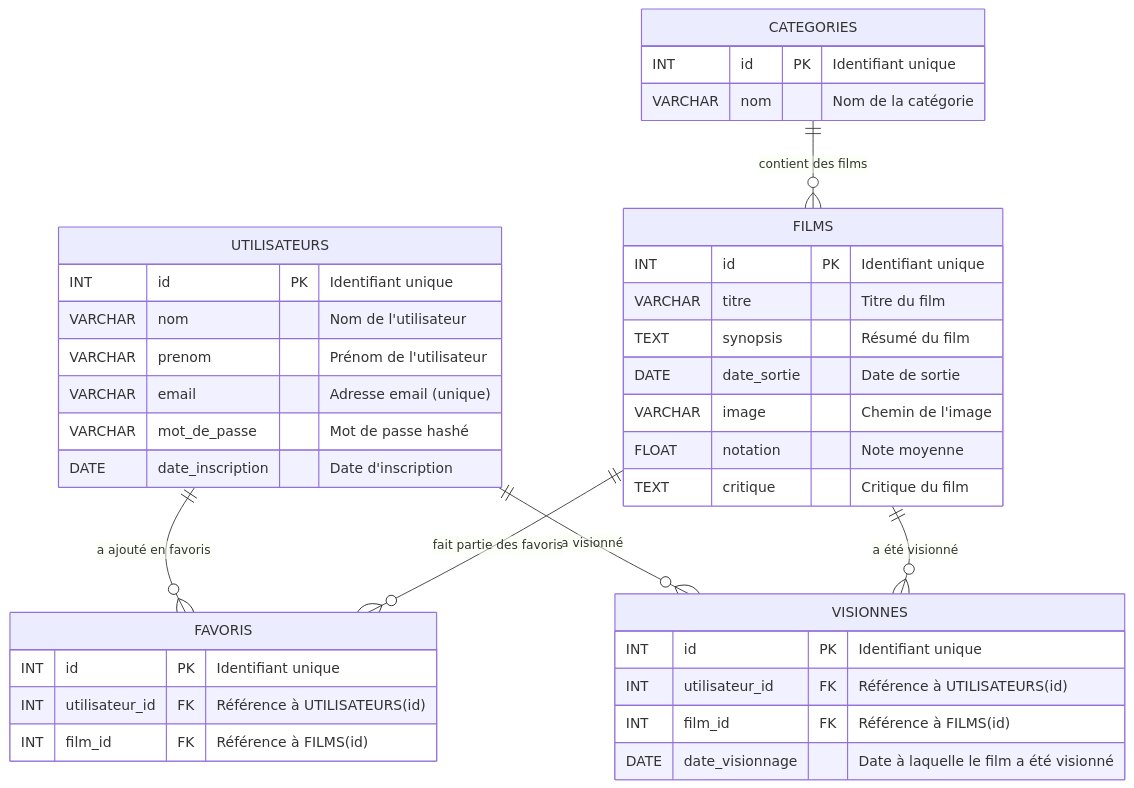
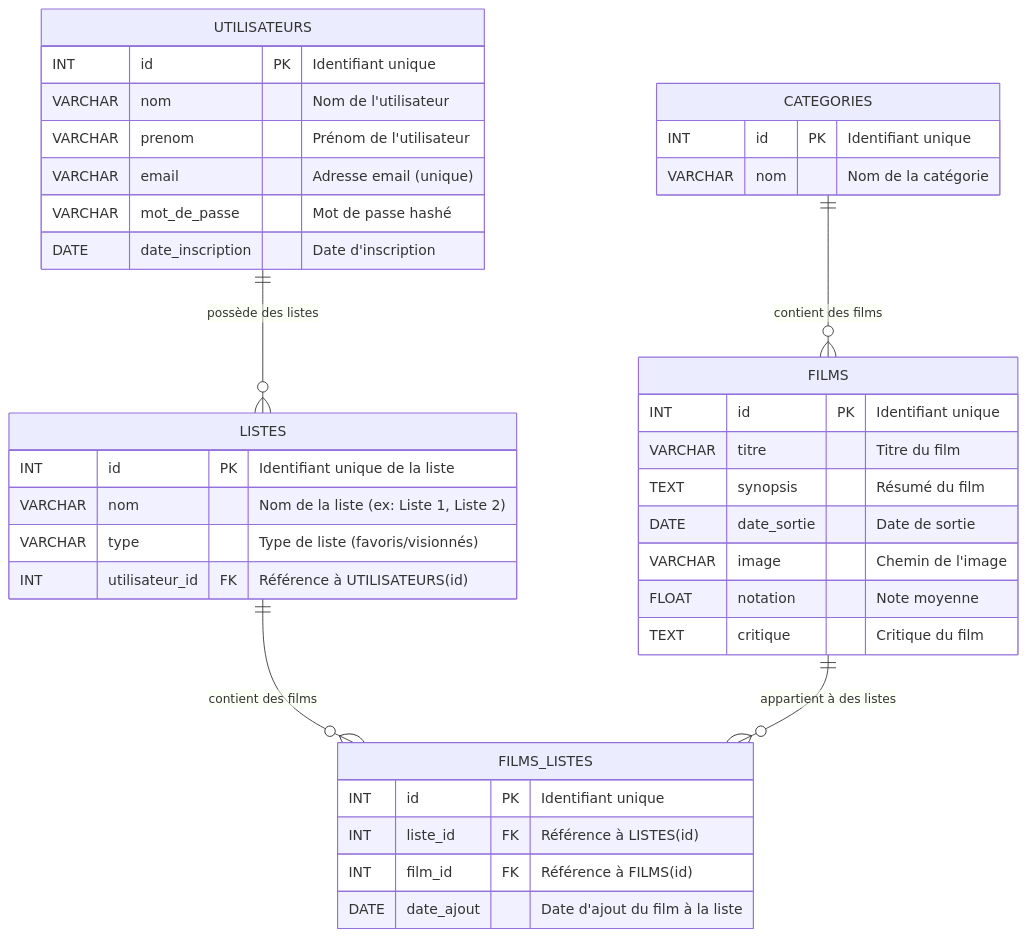
Before and after one commit to Poca23/Formation_Langages_Cie: the diagram in TutoMySQL/schema-MLD.md, drawn with Mermaid. The commit also changed other lines of this file and 5 other files, not shown here.

Commit message:
Ajout de la gestion des clés étrangères et des relations entre les tables dans le schéma de la base de données. Mise à jour des fichiers MCD et MLD pour refléter les nouvelles structures de données.

````diff
--- a/TutoMySQL/schema-MLD.md
+++ b/TutoMySQL/schema-MLD.md
@@ -3,45 +1,45 @@
 ```mermaid
 erDiagram
-    UTILISATEURS {
-        INT id PK "Identifiant unique"
-        VARCHAR nom "Nom de l'utilisateur"
-        VARCHAR prenom "Prénom de l'utilisateur"
-        VARCHAR email "Adresse email (unique)"
-        VARCHAR mot_de_passe "Mot de passe hashé"
-        DATE date_inscription "Date d'inscription"
-    }
+UTILISATEURS {
+INT id PK "Identifiant unique"
+VARCHAR nom "Nom de l'utilisateur"
+VARCHAR prenom "Prénom de l'utilisateur"
+VARCHAR email "Adresse email (unique)"
+VARCHAR mot_de_passe "Mot de passe hashé"
+DATE date_inscription "Date d'inscription"
+}
 
     FILMS {
         INT id PK "Identifiant unique"
         VARCHAR titre "Titre du film"
         TEXT synopsis "Résumé du film"
         DATE date_sortie "Date de sortie"
         VARCHAR image "Chemin de l'image"
         FLOAT notation "Note moyenne"
         TEXT critique "Critique du film"
     }
 
     CATEGORIES {
         INT id PK "Identifiant unique"
         VARCHAR nom "Nom de la catégorie"
     }
 
-    FAVORIS {
-        INT id PK "Identifiant unique"
+    LISTES {
+        INT id PK "Identifiant unique de la liste"
+        VARCHAR nom "Nom de la liste (ex: Liste 1, Liste 2)"
+        VARCHAR type "Type de liste (favoris/visionnés)"
         INT utilisateur_id FK "Référence à UTILISATEURS(id)"
-        INT film_id FK "Référence à FILMS(id)"
     }
 
-    VISIONNES {
+    FILMS_LISTES {
         INT id PK "Identifiant unique"
-        INT utilisateur_id FK "Référence à UTILISATEURS(id)"
+        INT liste_id FK "Référence à LISTES(id)"
         INT film_id FK "Référence à FILMS(id)"
-        DATE date_visionnage "Date à laquelle le film a été visionné"
+        DATE date_ajout "Date d'ajout du film à la liste"
     }
 
-    UTILISATEURS ||--o{ FAVORIS : "a ajouté en favoris"
-    UTILISATEURS ||--o{ VISIONNES : "a visionné"
-    FILMS ||--o{ FAVORIS : "fait partie des favoris"
-    FILMS ||--o{ VISIONNES : "a été visionné"
+    UTILISATEURS ||--o{ LISTES : "possède des listes"
+    LISTES ||--o{ FILMS_LISTES : "contient des films"
+    FILMS ||--o{ FILMS_LISTES : "appartient à des listes"
     CATEGORIES ||--o{ FILMS : "contient des films"
 ```
````
